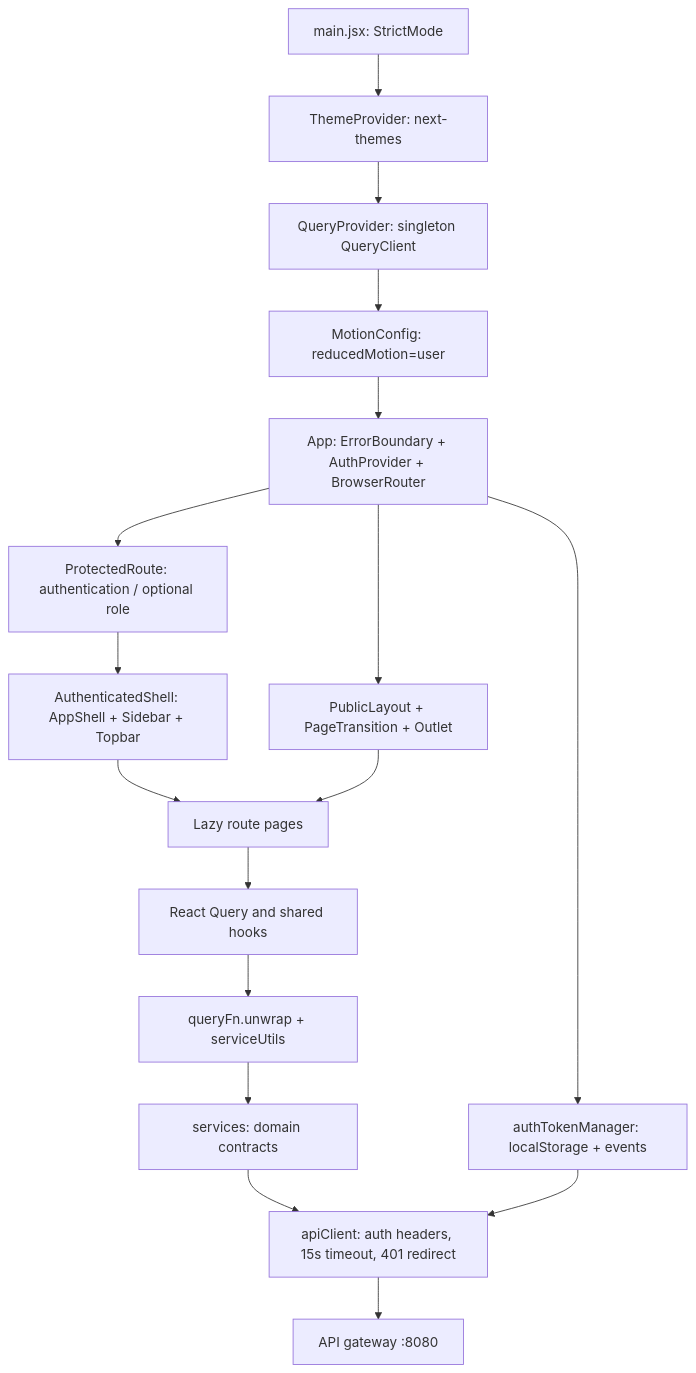
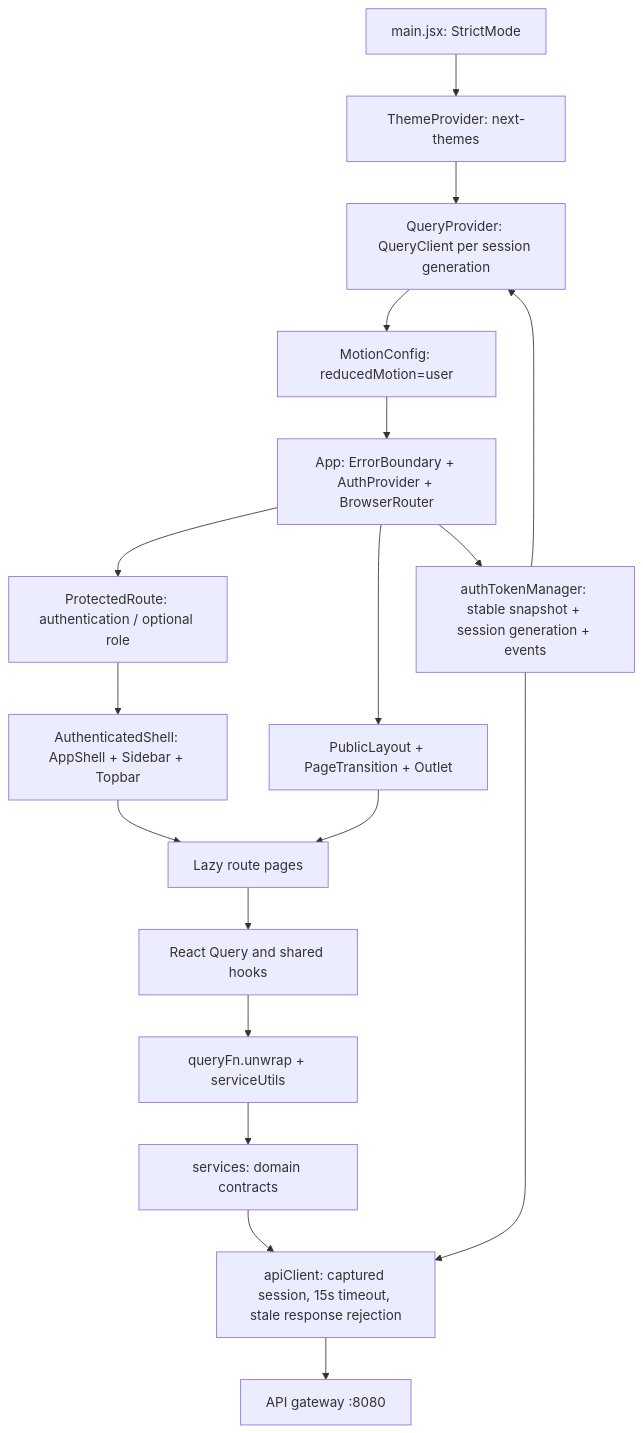
One commit to ShousenZHANG/project-contest-platform changed the diagram in docs/CODEMAPS/frontend.md. Above: the diagram before and after it, drawn with Mermaid. The commit also changed other lines of this file and 87 other files, not shown here.

````diff
--- a/docs/CODEMAPS/frontend.md
+++ b/docs/CODEMAPS/frontend.md
@@ -21,19 +21,20 @@
 ```mermaid
 flowchart TD
     Main[main.jsx: StrictMode] --> Theme[ThemeProvider: next-themes]
-    Theme --> Query[QueryProvider: singleton QueryClient]
+    Theme --> Query[QueryProvider: QueryClient per session generation]
     Query --> Motion[MotionConfig: reducedMotion=user]
     Motion --> App[App: ErrorBoundary + AuthProvider + BrowserRouter]
     App --> Public[PublicLayout + PageTransition + Outlet]
     App --> Guard[ProtectedRoute: authentication / optional role]
     Guard --> Shell[AuthenticatedShell: AppShell + Sidebar + Topbar]
     Shell --> Pages[Lazy route pages]
     Public --> Pages
     Pages --> Hooks[React Query and shared hooks]
     Hooks --> Unwrap[queryFn.unwrap + serviceUtils]
     Unwrap --> Services[services: domain contracts]
-    Services --> Axios[apiClient: auth headers, 15s timeout, 401 redirect]
+    Services --> Axios[apiClient: captured session, 15s timeout, stale response rejection]
     Axios --> Gateway[API gateway :8080]
-    App --> Session[authTokenManager: localStorage + events]
+    App --> Session[authTokenManager: stable snapshot + session generation + events]
     Session --> Axios
+    Session --> Query
 ```
````
